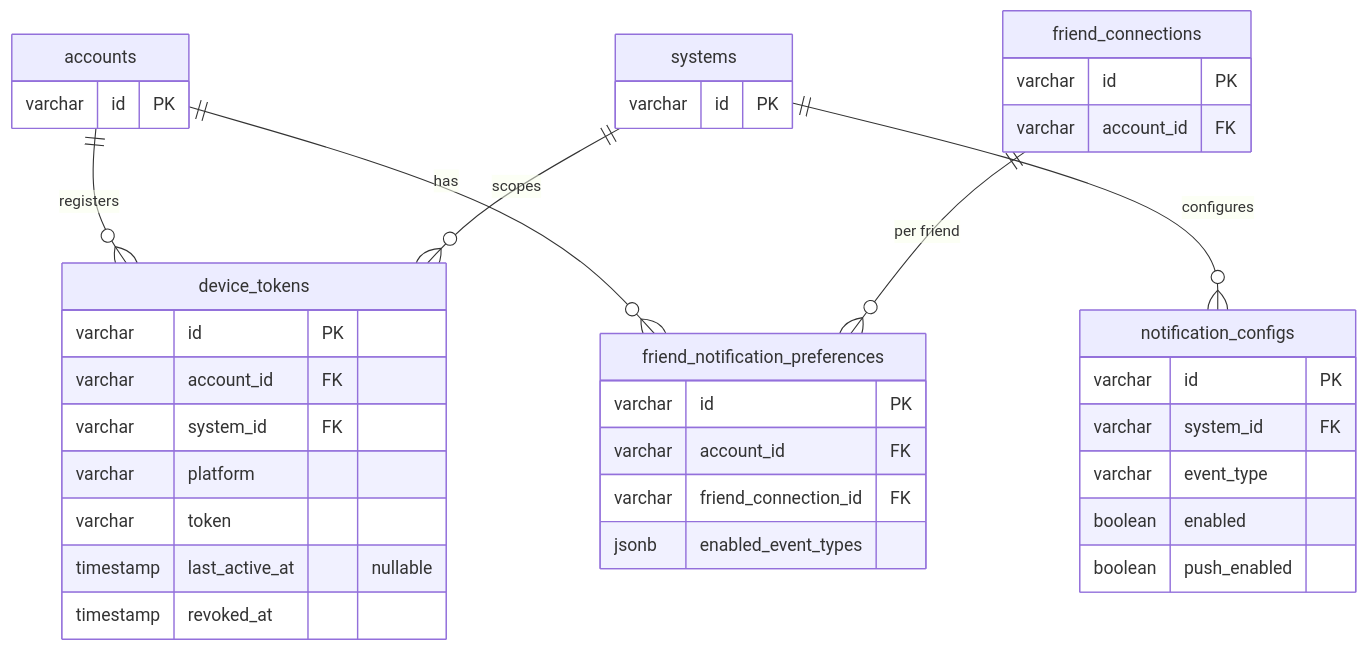
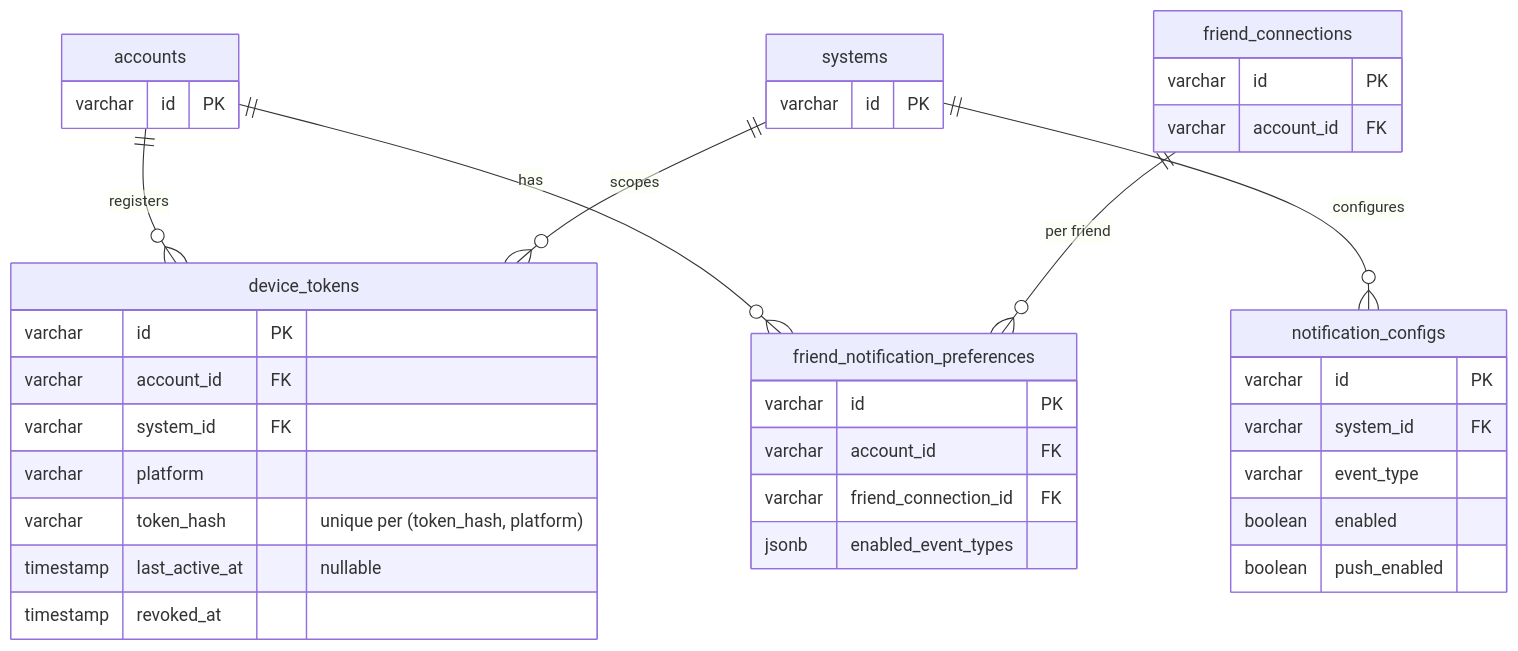
Diagram 15 of 22 in docs/database-schema.md (ThePrismSystem/pluralscape-mono), drawn with Mermaid before and after one commit. The commit also changed other lines of this file and 66 other files, not shown here.

````diff
--- a/docs/database-schema.md
+++ b/docs/database-schema.md
@@ -834,46 +838,46 @@
 ```mermaid
 erDiagram
     accounts {
         varchar id PK
     }
 
     systems {
         varchar id PK
     }
 
     friend_connections {
         varchar id PK
         varchar account_id FK
     }
 
     device_tokens {
         varchar id PK
         varchar account_id FK
         varchar system_id FK
         varchar platform
-        varchar token
+        varchar token_hash "unique per (token_hash, platform)"
         timestamp last_active_at "nullable"
         timestamp revoked_at
     }
 
     notification_configs {
         varchar id PK
         varchar system_id FK
         varchar event_type
         boolean enabled
         boolean push_enabled
     }
 
     friend_notification_preferences {
         varchar id PK
         varchar account_id FK
         varchar friend_connection_id FK
         jsonb enabled_event_types
     }
 
     accounts ||--o{ device_tokens : "registers"
     systems ||--o{ device_tokens : "scopes"
     systems ||--o{ notification_configs : "configures"
     accounts ||--o{ friend_notification_preferences : "has"
     friend_connections ||--o{ friend_notification_preferences : "per friend"
 ```
````
